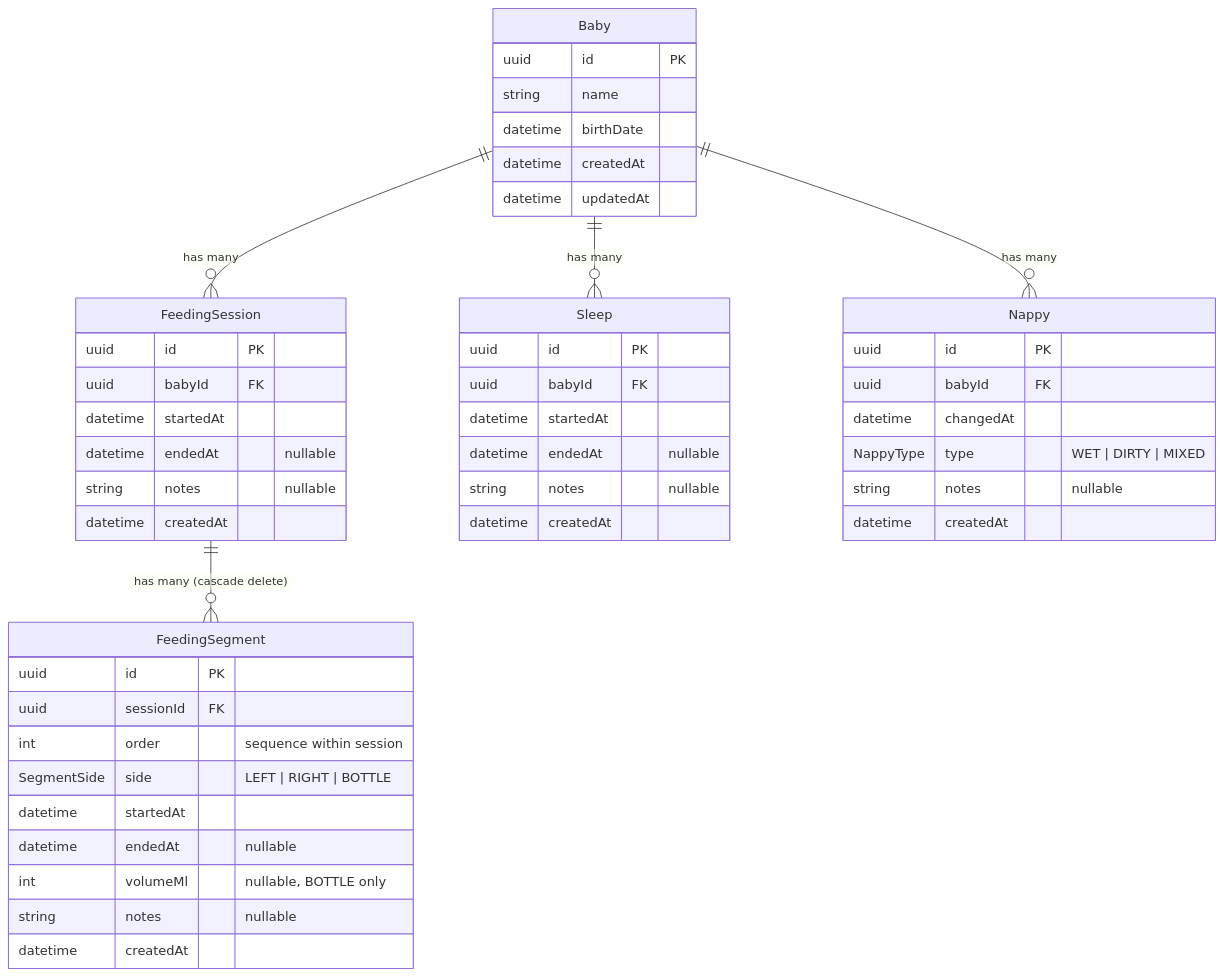
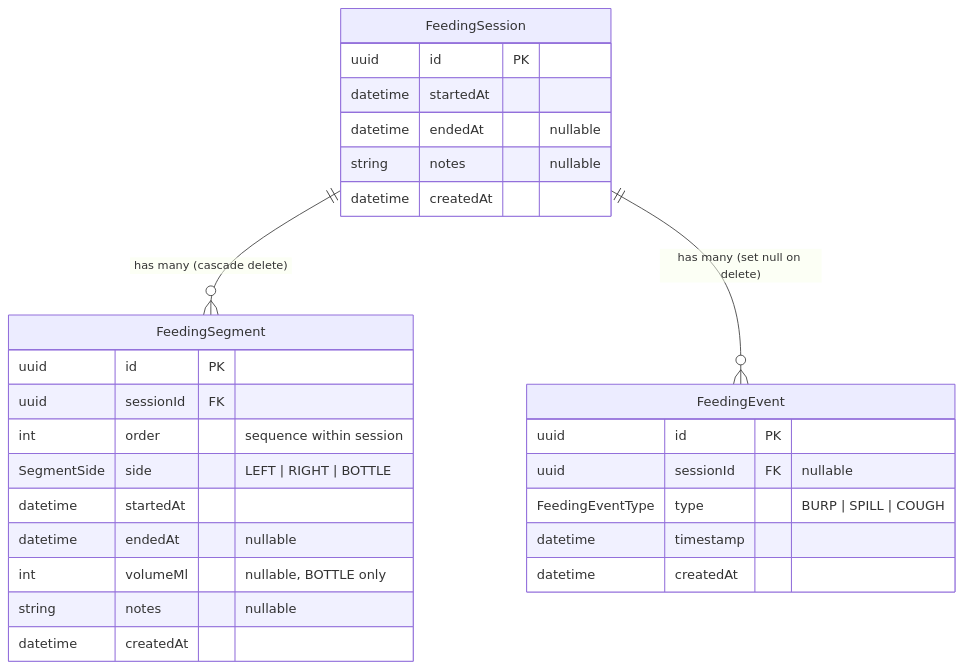
The diagram in docs/data-model.md (Margaryt/babyluki), drawn with Mermaid before and after one commit. The commit also changed other lines of this file and 69 other files, not shown here.

````diff
--- a/docs/data-model.md
+++ b/docs/data-model.md
@@ -5,54 +5,33 @@
 ```mermaid
 erDiagram
-    Baby {
-        uuid id PK
-        string name
-        datetime birthDate
-        datetime createdAt
-        datetime updatedAt
-    }
-
     FeedingSession {
         uuid id PK
-        uuid babyId FK
         datetime startedAt
         datetime endedAt "nullable"
         string notes "nullable"
         datetime createdAt
     }
 
     FeedingSegment {
         uuid id PK
         uuid sessionId FK
         int order "sequence within session"
         SegmentSide side "LEFT | RIGHT | BOTTLE"
         datetime startedAt
         datetime endedAt "nullable"
         int volumeMl "nullable, BOTTLE only"
         string notes "nullable"
         datetime createdAt
     }
 
-    Sleep {
+    FeedingEvent {
         uuid id PK
-        uuid babyId FK
-        datetime startedAt
-        datetime endedAt "nullable"
-        string notes "nullable"
+        uuid sessionId FK "nullable"
+        FeedingEventType type "BURP | SPILL | COUGH"
+        datetime timestamp
         datetime createdAt
     }
 
-    Nappy {
-        uuid id PK
-        uuid babyId FK
-        datetime changedAt
-        NappyType type "WET | DIRTY | MIXED"
-        string notes "nullable"
-        datetime createdAt
-    }
-
-    Baby ||--o{ FeedingSession : "has many"
     FeedingSession ||--o{ FeedingSegment : "has many (cascade delete)"
-    Baby ||--o{ Sleep : "has many"
-    Baby ||--o{ Nappy : "has many"
+    FeedingSession ||--o{ FeedingEvent : "has many (set null on delete)"
 ```
````
